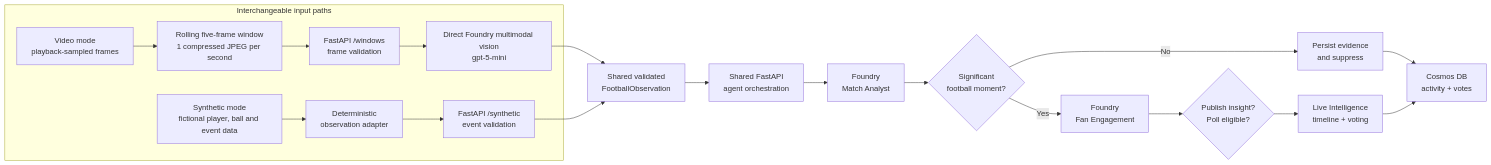
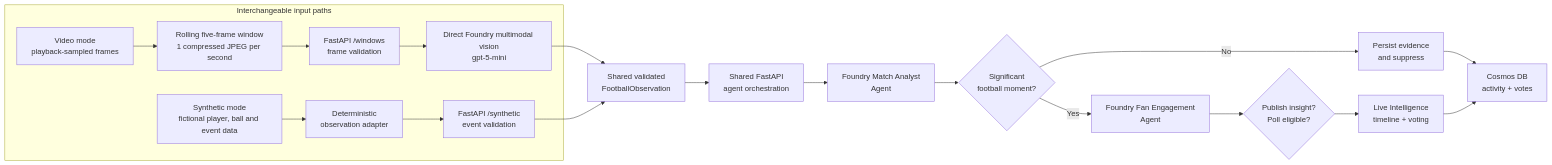
One commit to rriviere/fanpulse changed the first of 4 diagrams in README.md. Above: the diagram before and after it, drawn with Mermaid. The commit also changed other lines of this file, not shown here.

Commit message:
docs: identify Foundry agents in architecture diagrams

````diff
--- a/README.md
+++ b/README.md
@@ -29,27 +29,27 @@
 ```mermaid
 flowchart LR
     subgraph Inputs["Interchangeable input paths"]
         VIDEO["Video mode<br/>playback-sampled frames"]
         WINDOW["Rolling five-frame window<br/>1 compressed JPEG per second"]
         VIDEO_API["FastAPI /windows<br/>frame validation"]
         VISION["Direct Foundry multimodal vision<br/>gpt-5-mini"]
         SYNTH["Synthetic mode<br/>fictional player, ball and event data"]
         ADAPTER["Deterministic<br/>observation adapter"]
         SYNTH_API["FastAPI /synthetic<br/>event validation"]
 
         VIDEO --> WINDOW --> VIDEO_API --> VISION
         SYNTH --> ADAPTER --> SYNTH_API
     end
 
     VISION --> OBS["Shared validated<br/>FootballObservation"]
     SYNTH_API --> OBS
     OBS --> API["Shared FastAPI<br/>agent orchestration"]
-    API --> ANALYST["Foundry<br/>Match Analyst"]
+    API --> ANALYST["Foundry Match Analyst<br/>Agent"]
     ANALYST --> GATE{"Significant<br/>football moment?"}
     GATE -->|No| SUPPRESS["Persist evidence<br/>and suppress"]
-    GATE -->|Yes| ENGAGE["Foundry<br/>Fan Engagement"]
+    GATE -->|Yes| ENGAGE["Foundry Fan Engagement<br/>Agent"]
     ENGAGE --> POLICY{"Publish insight?<br/>Poll eligible?"}
     POLICY --> OUTPUT["Live Intelligence<br/>timeline + voting"]
     SUPPRESS --> STORE["Cosmos DB<br/>activity + votes"]
     OUTPUT --> STORE
 ```
````
